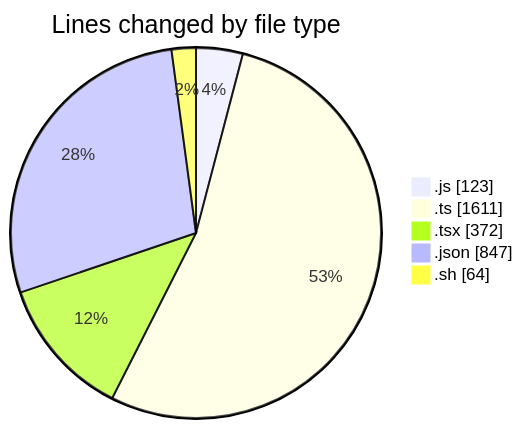
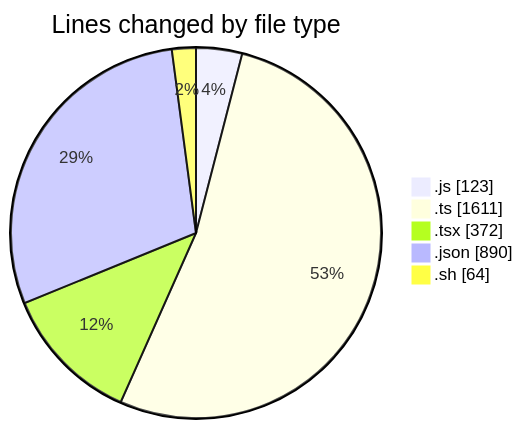
Before and after one commit to EIIisD/code-tracking: the first of 2 diagrams in 2025-07-14/ribbon/README.md, drawn with Mermaid. The commit also changed other lines of this file and 1 other file, not shown here.

````diff
--- a/2025-07-14/ribbon/README.md
+++ b/2025-07-14/ribbon/README.md
@@ -37,9 +38,9 @@
 ```mermaid
 pie showData
 title Lines changed by file type
 ".js" : 123
 ".ts" : 1611
 ".tsx" : 372
-".json" : 847
+".json" : 890
 ".sh" : 64
 ```
````
